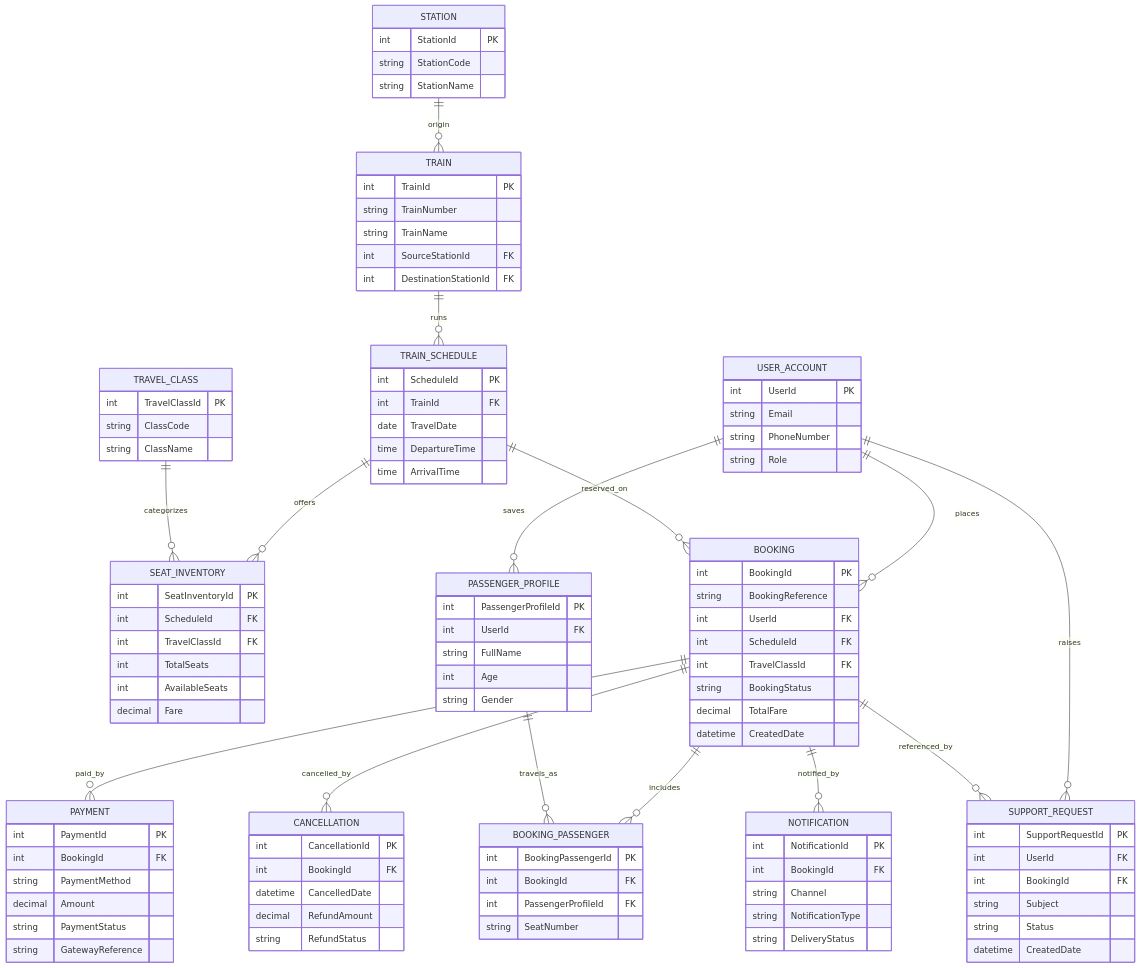
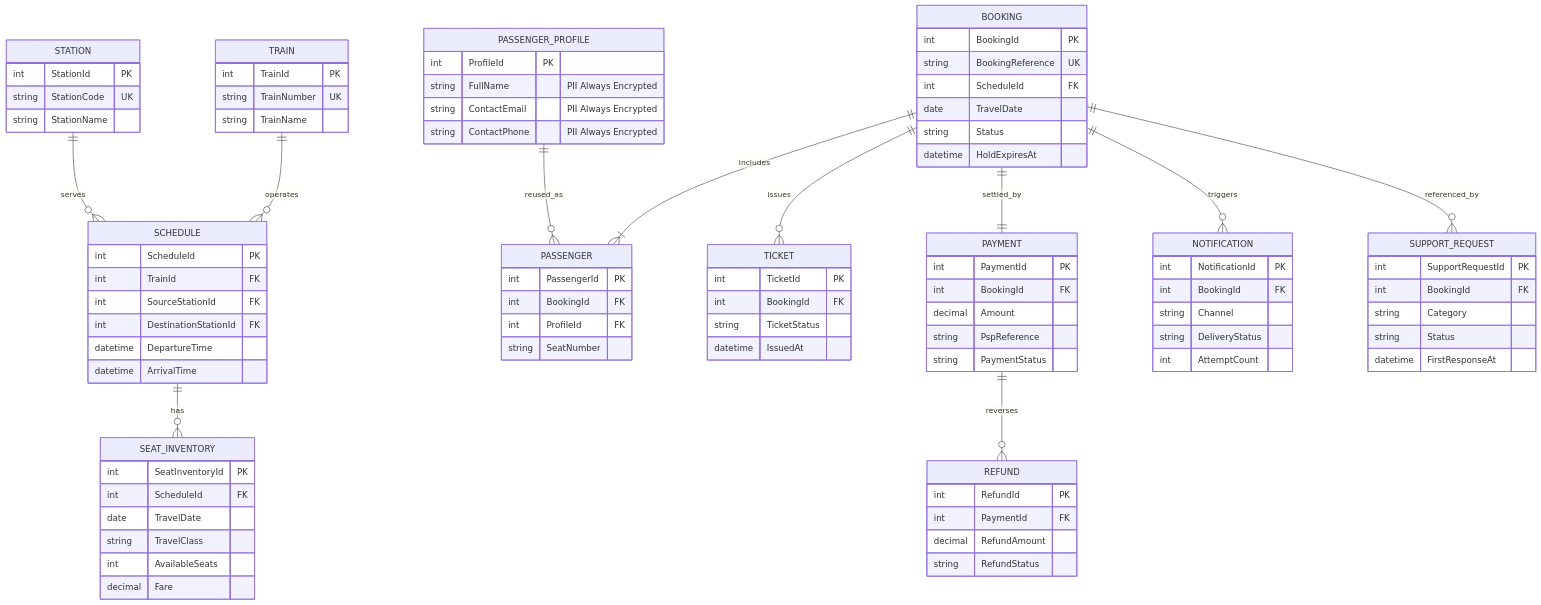
One commit to Mandeep-Kaur-Johar/sdlc-online-railway-ticketing-system changed the diagram in docs/architecture/epic-2998/data-model.mmd. Above: the diagram before and after it, drawn with Mermaid. The commit also changed 7 other files, not shown here.

Commit message:
docs: re-render architecture diagrams for Azure DevOps Epic 2998

```diff
--- a/docs/architecture/epic-2998/data-model.mmd
+++ b/docs/architecture/epic-2998/data-model.mmd
@@ -1,107 +1,90 @@
-%%{init: {"theme":"default","securityLevel":"loose"} }%%
 erDiagram
+    STATION ||--o{ SCHEDULE : serves
+    TRAIN ||--o{ SCHEDULE : operates
+    SCHEDULE ||--o{ SEAT_INVENTORY : has
+    PASSENGER_PROFILE ||--o{ PASSENGER : reused_as
+    BOOKING ||--|{ PASSENGER : includes
+    BOOKING ||--o{ TICKET : issues
+    BOOKING ||--|| PAYMENT : settled_by
+    PAYMENT ||--o{ REFUND : reverses
+    BOOKING ||--o{ NOTIFICATION : triggers
+    BOOKING ||--o{ SUPPORT_REQUEST : referenced_by
     STATION {
         int StationId PK
-        string StationCode
+        string StationCode UK
         string StationName
     }
     TRAIN {
         int TrainId PK
-        string TrainNumber
+        string TrainNumber UK
         string TrainName
+    }
+    SCHEDULE {
+        int ScheduleId PK
+        int TrainId FK
         int SourceStationId FK
         int DestinationStationId FK
-    }
-    TRAIN_SCHEDULE {
-        int ScheduleId PK
-        int TrainId FK
-        date TravelDate
-        time DepartureTime
-        time ArrivalTime
-    }
-    TRAVEL_CLASS {
-        int TravelClassId PK
-        string ClassCode
-        string ClassName
+        datetime DepartureTime
+        datetime ArrivalTime
     }
     SEAT_INVENTORY {
         int SeatInventoryId PK
         int ScheduleId FK
-        int TravelClassId FK
-        int TotalSeats
+        date TravelDate
+        string TravelClass
         int AvailableSeats
         decimal Fare
     }
-    USER_ACCOUNT {
-        int UserId PK
-        string Email
-        string PhoneNumber
-        string Role
-    }
     PASSENGER_PROFILE {
-        int PassengerProfileId PK
-        int UserId FK
-        string FullName
-        int Age
-        string Gender
+        int ProfileId PK
+        string FullName "PII Always Encrypted"
+        string ContactEmail "PII Always Encrypted"
+        string ContactPhone "PII Always Encrypted"
     }
     BOOKING {
         int BookingId PK
-        string BookingReference
-        int UserId FK
+        string BookingReference UK
         int ScheduleId FK
-        int TravelClassId FK
-        string BookingStatus
-        decimal TotalFare
-        datetime CreatedDate
+        date TravelDate
+        string Status
+        datetime HoldExpiresAt
     }
-    BOOKING_PASSENGER {
-        int BookingPassengerId PK
+    PASSENGER {
+        int PassengerId PK
         int BookingId FK
-        int PassengerProfileId FK
+        int ProfileId FK
         string SeatNumber
+    }
+    TICKET {
+        int TicketId PK
+        int BookingId FK
+        string TicketStatus
+        datetime IssuedAt
     }
     PAYMENT {
         int PaymentId PK
         int BookingId FK
-        string PaymentMethod
         decimal Amount
+        string PspReference
         string PaymentStatus
-        string GatewayReference
     }
-    CANCELLATION {
-        int CancellationId PK
-        int BookingId FK
-        datetime CancelledDate
+    REFUND {
+        int RefundId PK
+        int PaymentId FK
         decimal RefundAmount
         string RefundStatus
     }
     NOTIFICATION {
         int NotificationId PK
         int BookingId FK
         string Channel
-        string NotificationType
         string DeliveryStatus
+        int AttemptCount
     }
     SUPPORT_REQUEST {
         int SupportRequestId PK
-        int UserId FK
         int BookingId FK
-        string Subject
+        string Category
         string Status
-        datetime CreatedDate
+        datetime FirstResponseAt
     }
-    STATION ||--o{ TRAIN : origin
-    TRAIN ||--o{ TRAIN_SCHEDULE : runs
-    TRAIN_SCHEDULE ||--o{ SEAT_INVENTORY : offers
-    TRAVEL_CLASS ||--o{ SEAT_INVENTORY : categorizes
-    USER_ACCOUNT ||--o{ PASSENGER_PROFILE : saves
-    USER_ACCOUNT ||--o{ BOOKING : places
-    TRAIN_SCHEDULE ||--o{ BOOKING : reserved_on
-    BOOKING ||--o{ BOOKING_PASSENGER : includes
-    PASSENGER_PROFILE ||--o{ BOOKING_PASSENGER : travels_as
-    BOOKING ||--o{ PAYMENT : paid_by
-    BOOKING ||--o{ CANCELLATION : cancelled_by
-    BOOKING ||--o{ NOTIFICATION : notified_by
-    USER_ACCOUNT ||--o{ SUPPORT_REQUEST : raises
-    BOOKING ||--o{ SUPPORT_REQUEST : referenced_by
```
